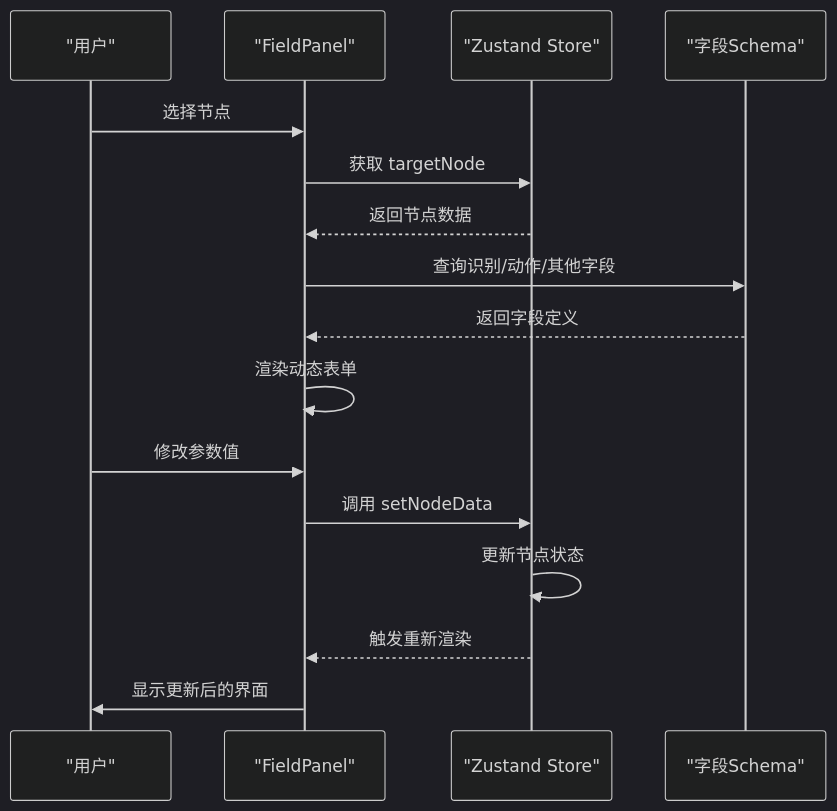
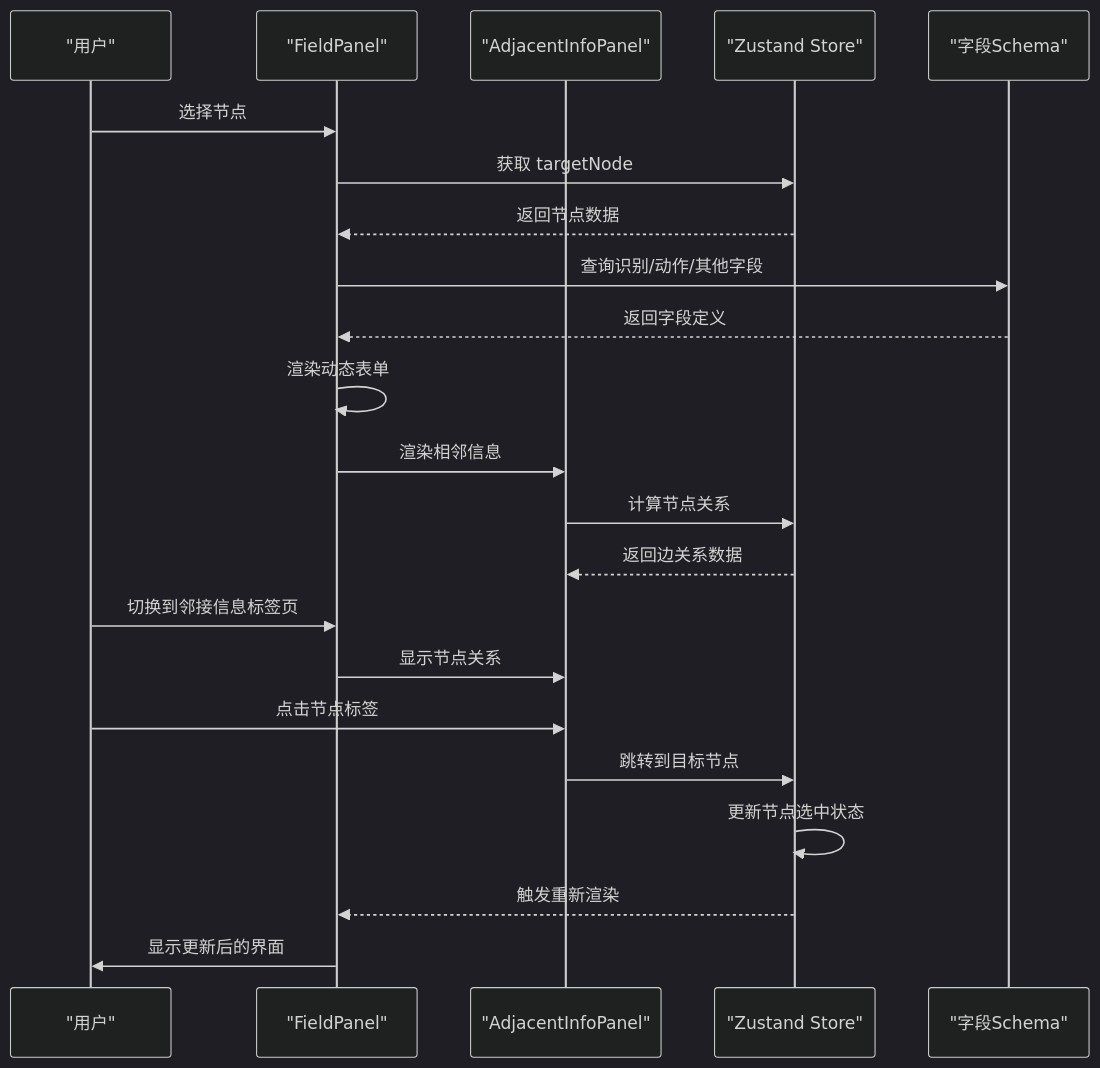
One commit to kqcoxn/MaaPipelineEditor changed the fourth of 8 diagrams in .qoder/repowiki/zh/content/核心概念/字段面板/字段面板.md. Above: the diagram before and after it, drawn with Mermaid (dark theme). The commit also changed other lines of this file and 430 other files, not shown here.

````diff
--- a/.qoder/repowiki/zh/content/核心概念/字段面板/字段面板.md
+++ b/.qoder/repowiki/zh/content/核心概念/字段面板/字段面板.md
@@ -213,18 +242,24 @@
 ```mermaid
 sequenceDiagram
 participant User as "用户"
 participant FieldPanel as "FieldPanel"
+participant AdjacentInfoPanel as "AdjacentInfoPanel"
 participant Store as "Zustand Store"
 participant Schema as "字段Schema"
 User->>FieldPanel : 选择节点
 FieldPanel->>Store : 获取 targetNode
 Store-->>FieldPanel : 返回节点数据
 FieldPanel->>Schema : 查询识别/动作/其他字段
 Schema-->>FieldPanel : 返回字段定义
 FieldPanel->>FieldPanel : 渲染动态表单
-User->>FieldPanel : 修改参数值
-FieldPanel->>Store : 调用 setNodeData
-Store->>Store : 更新节点状态
+FieldPanel->>AdjacentInfoPanel : 渲染相邻信息
+AdjacentInfoPanel->>Store : 计算节点关系
+Store-->>AdjacentInfoPanel : 返回边关系数据
+User->>FieldPanel : 切换到邻接信息标签页
+FieldPanel->>AdjacentInfoPanel : 显示节点关系
+User->>AdjacentInfoPanel : 点击节点标签
+AdjacentInfoPanel->>Store : 跳转到目标节点
+Store->>Store : 更新节点选中状态
 Store-->>FieldPanel : 触发重新渲染
 FieldPanel->>User : 显示更新后的界面
 ```
````
